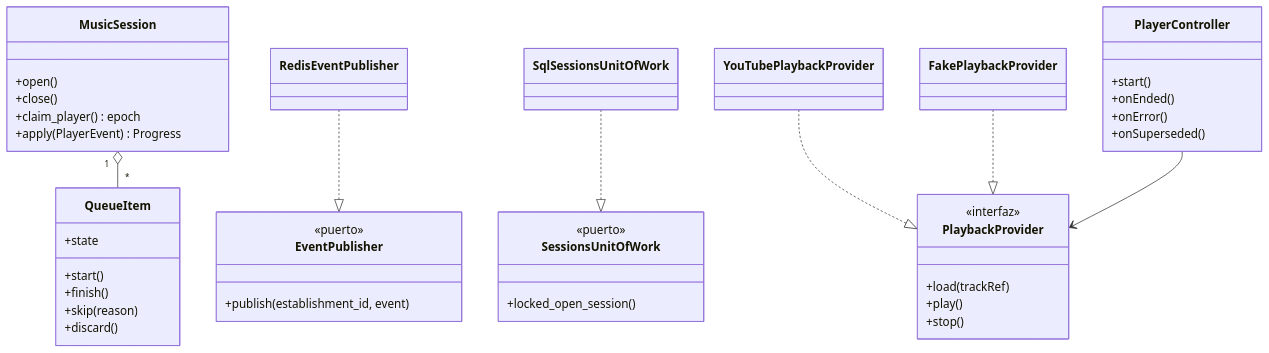
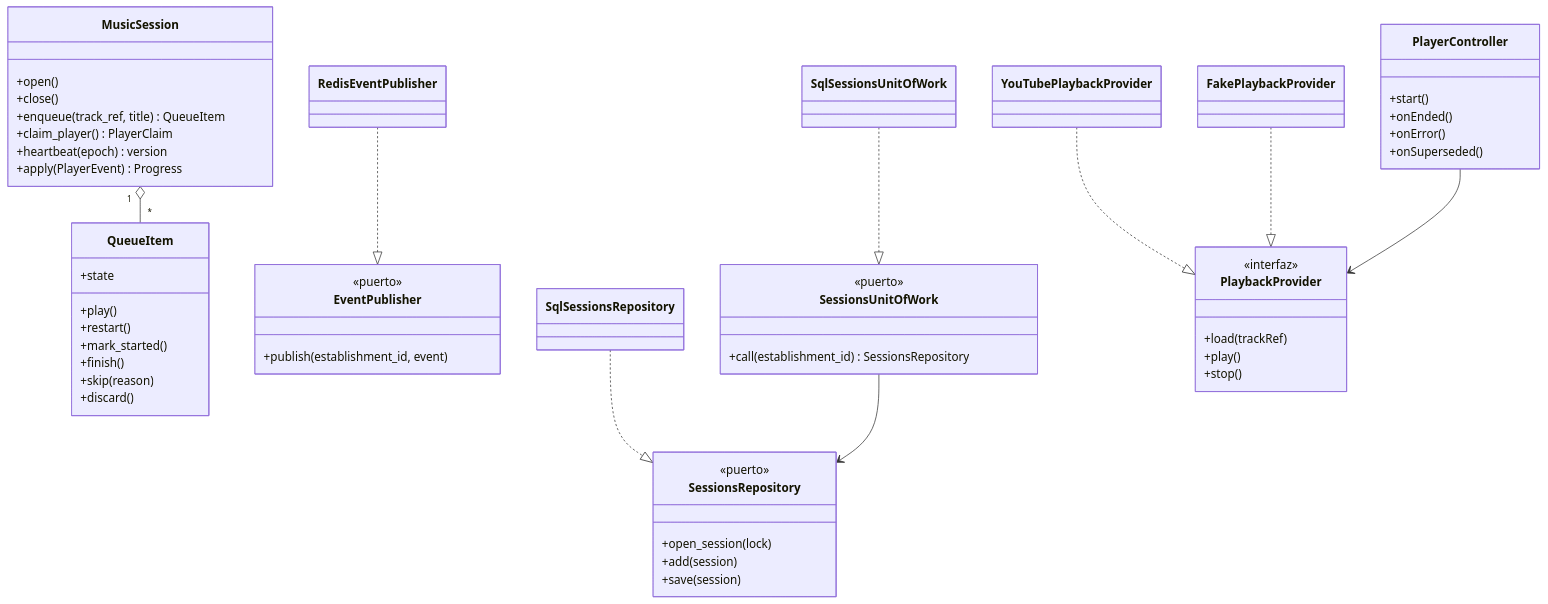
The third of 3 diagrams in specs/002-sesion-musica-reproductor-local/plan.md (esilval/my-playlist), drawn with Mermaid before and after one commit. The commit also changed other lines of this file and 48 other files, not shown here.

````diff
--- a/specs/002-sesion-musica-reproductor-local/plan.md
+++ b/specs/002-sesion-musica-reproductor-local/plan.md
@@ -352,46 +358,59 @@
 ```mermaid
 classDiagram
   class MusicSession {
     +open()
     +close()
-    +claim_player() epoch
+    +enqueue(track_ref, title) QueueItem
+    +claim_player() PlayerClaim
+    +heartbeat(epoch) version
     +apply(PlayerEvent) Progress
   }
   class QueueItem {
     +state
-    +start()
+    +play()
+    +restart()
+    +mark_started()
     +finish()
     +skip(reason)
     +discard()
   }
   class EventPublisher {
     <<puerto>>
     +publish(establishment_id, event)
   }
   class RedisEventPublisher
   class SessionsUnitOfWork {
     <<puerto>>
-    +locked_open_session()
+    +call(establishment_id) SessionsRepository
+  }
+  class SessionsRepository {
+    <<puerto>>
+    +open_session(lock)
+    +add(session)
+    +save(session)
   }
   class SqlSessionsUnitOfWork
+  class SqlSessionsRepository
   class PlayerController {
     +start()
     +onEnded()
     +onError()
     +onSuperseded()
   }
   class PlaybackProvider {
     <<interfaz>>
     +load(trackRef)
     +play()
     +stop()
   }
   class YouTubePlaybackProvider
   class FakePlaybackProvider
   MusicSession "1" o-- "*" QueueItem
   RedisEventPublisher ..|> EventPublisher
   SqlSessionsUnitOfWork ..|> SessionsUnitOfWork
+  SqlSessionsRepository ..|> SessionsRepository
+  SessionsUnitOfWork --> SessionsRepository
   YouTubePlaybackProvider ..|> PlaybackProvider
   FakePlaybackProvider ..|> PlaybackProvider
   PlayerController --> PlaybackProvider
 ```
````
